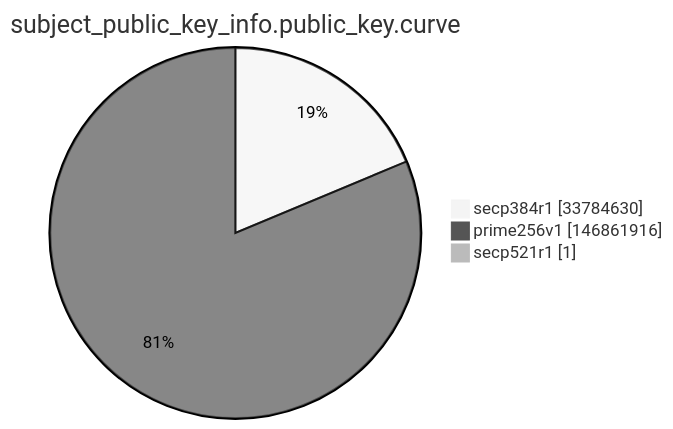
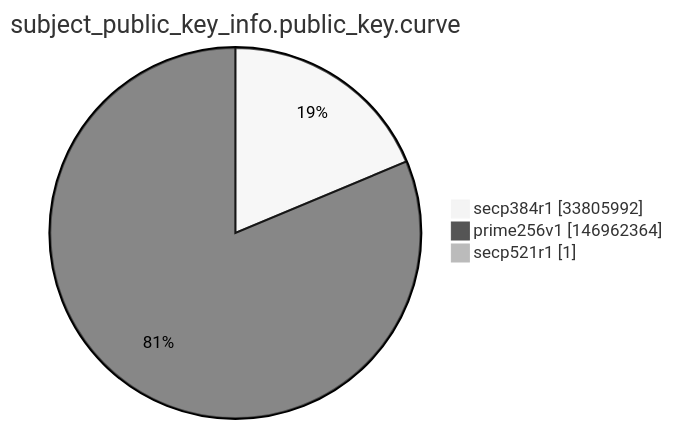
One commit to christiankrug/ctmonitor_visualization changed the ninth of 15 diagrams in argon2022/README.md. Above: the diagram before and after it, drawn with Mermaid (neutral theme). The commit also changed other lines of this file, not shown here.

````diff
--- a/argon2022/README.md
+++ b/argon2022/README.md
@@ -2764,7 +2764,7 @@
 ```mermaid
 pie showData
 title subject_public_key_info.public_key.curve
-"secp384r1" :33784630
-"prime256v1" :146861916
+"secp384r1" :33805992
+"prime256v1" :146962364
 "secp521r1" :1
 ```
````
